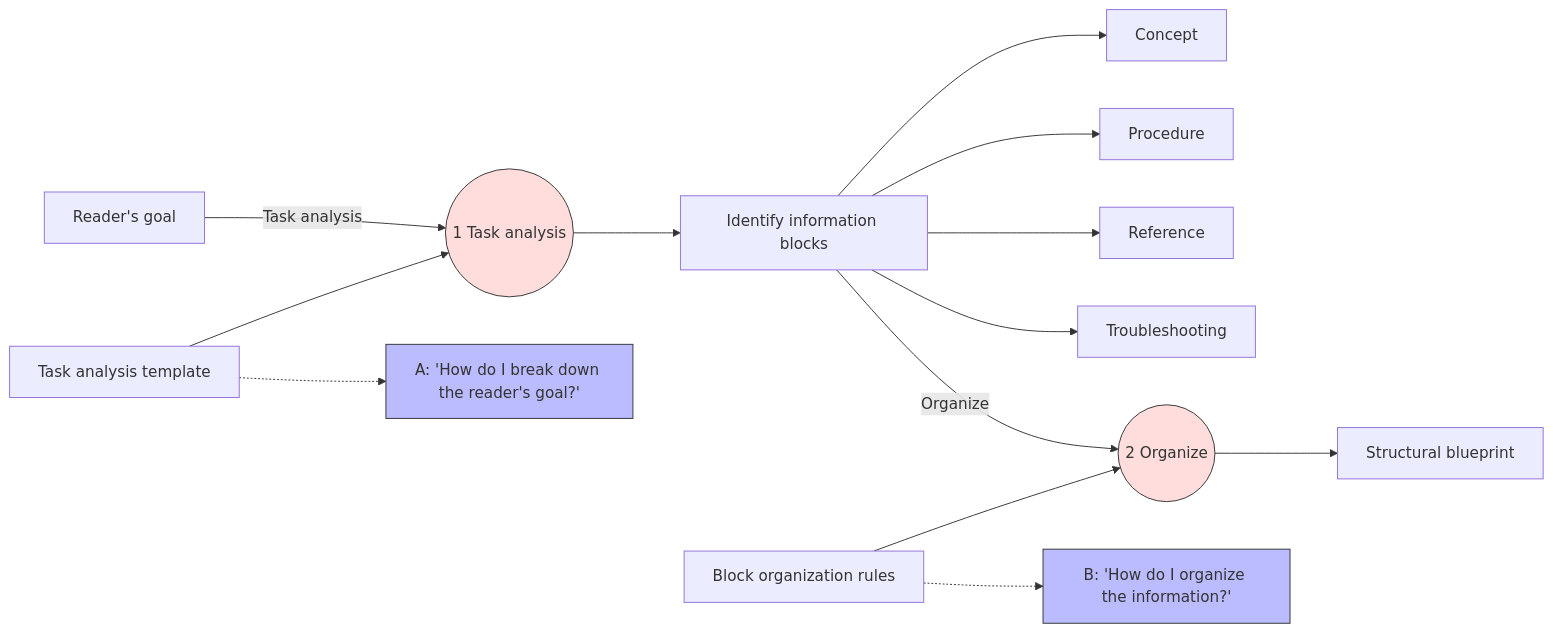
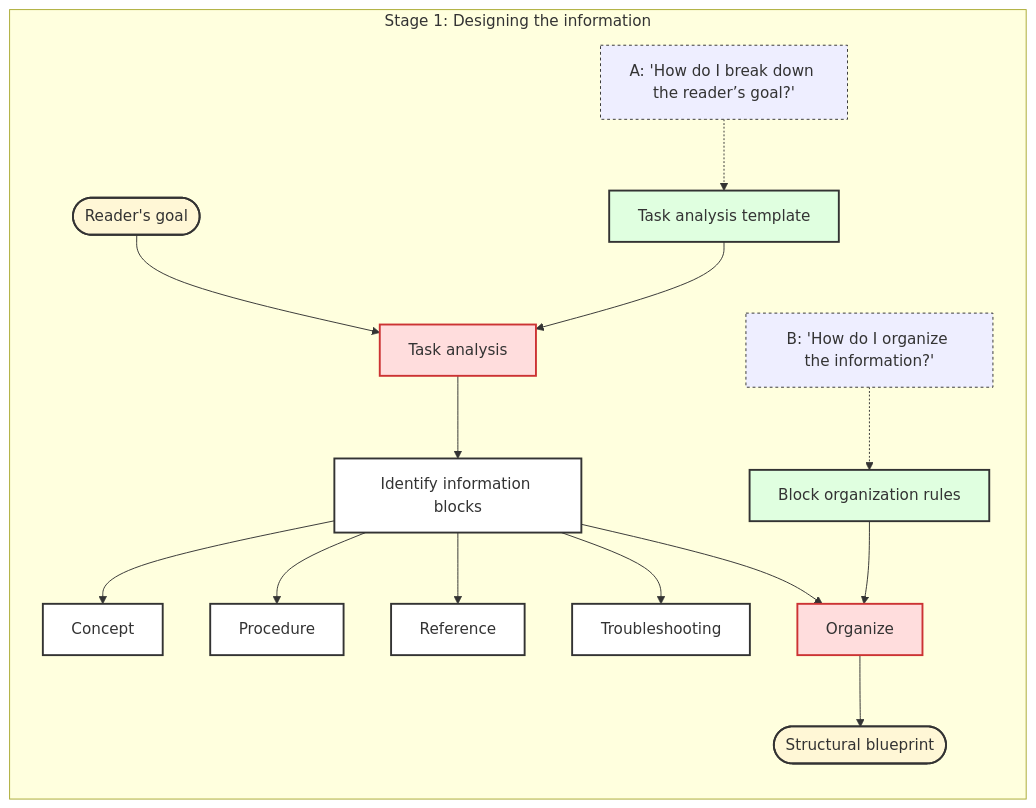
One commit to status-im/ift-docs changed the first of 4 diagrams in docs-standards/00-end-to-end-documentation-guide.md. Above: the diagram before and after it, drawn with Mermaid. The commit also changed other lines of this file, not shown here.

````diff
--- a/docs-standards/00-end-to-end-documentation-guide.md
+++ b/docs-standards/00-end-to-end-documentation-guide.md
@@ -27,26 +33,31 @@
 ```mermaid
 flowchart LR
-    %% Main flow
-    A[Reader's goal] -->|Task analysis| B((1 Task analysis))
-    B --> C[Identify information blocks]
-    C --> D[Concept]
-    C --> E[Procedure]
-    C --> F[Reference]
-    C --> G[Troubleshooting]
-    C -->|Organize| H((2 Organize))
-    H --> I[Structural blueprint]
+    subgraph S1["Stage 1: Designing the information"]
+        RG([Reader's goal]):::artifact --> TA["Task analysis"]:::action
 
-    %% Supporting tools
-    J[Task analysis template] --> B
-    K[Block organization rules] --> H
+        %% Information blocks cluster
+        TA --> IB["Identify information blocks"]:::main
+        IB --> Cpt["Concept"]:::main
+        IB --> Proc["Procedure"]:::main
+        IB --> Ref["Reference"]:::main
+        IB --> Troub["Troubleshooting"]:::main
 
-    %% Questions
-    J -.-> JA["A: 'How do I break down the reader's goal?'"]
-    K -.-> KB["B: 'How do I organize the information?'"]
+        IB --> ORG["Organize"]:::action --> SB([Structural blueprint]):::artifact
 
-    %% Styling
-    style B fill:#fdd,stroke:#333,stroke-width:1px
-    style H fill:#fdd,stroke:#333,stroke-width:1px
-    style JA fill:#bbf,stroke:#333,stroke-width:1px
-    style KB fill:#bbf,stroke:#333,stroke-width:1px
+        %% Supporting tools (solid links, their own style)
+        TAT["Task analysis template"]:::tool --> TA
+        BOR["Block organization rules"]:::tool --> ORG
+
+        %% Questions (dashed links)
+        Q1["A: 'How do I break down the reader’s goal?'"]:::support -.-> TAT
+        Q2["B: 'How do I organize the information?'"]:::support -.-> BOR
+    end
+
+    %% Styles
+    classDef main fill:#fff,stroke:#333,stroke-width:2px
+    classDef artifact fill:#FFF7D6,stroke:#333,stroke-width:2px
+    classDef action fill:#fdd,stroke:#c33,stroke-width:2px
+    classDef tool fill:#e0ffe0,stroke:#333,stroke-width:2px
+    classDef support fill:#eef,stroke:#333,stroke-dasharray:3 3
+
 ```
````
